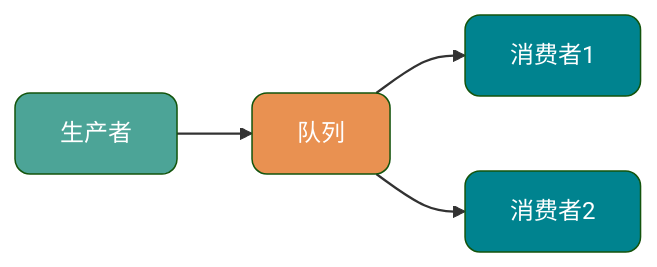
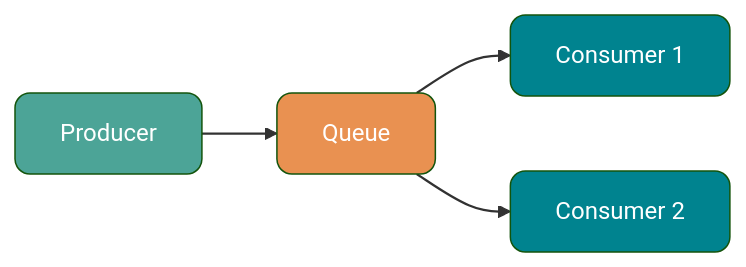
One commit to m3h3d1/JavaGuideEn changed the second of 13 diagrams in docs/high-performance/message-queue/rocketmq-questions.md. Above: the diagram before and after it, drawn with Mermaid (forest theme). The commit also changed other lines of this file and 128 other files, not shown here.

````diff
--- a/docs/high-performance/message-queue/rocketmq-questions.md
+++ b/docs/high-performance/message-queue/rocketmq-questions.md
@@ -199,16 +199,16 @@
 ```mermaid
 flowchart LR
-    P["生产者"] --> Q["队列"]
-    Q --> C1["消费者1"]
-    Q --> C2["消费者2"]
+    P["Producer"] --> Q["Queue"]
+    Q --> C1["Consumer 1"]
+    Q --> C2["Consumer 2"]
 
     classDef producer fill:#4CA497,color:#fff,rx:10,ry:10
     classDef queue fill:#E99151,color:#fff,rx:10,ry:10
     classDef consumer fill:#00838F,color:#fff,rx:10,ry:10
 
     class P producer
     class Q queue
     class C1,C2 consumer
 
     linkStyle default stroke-width:1.5px,opacity:0.8
 ```
````
